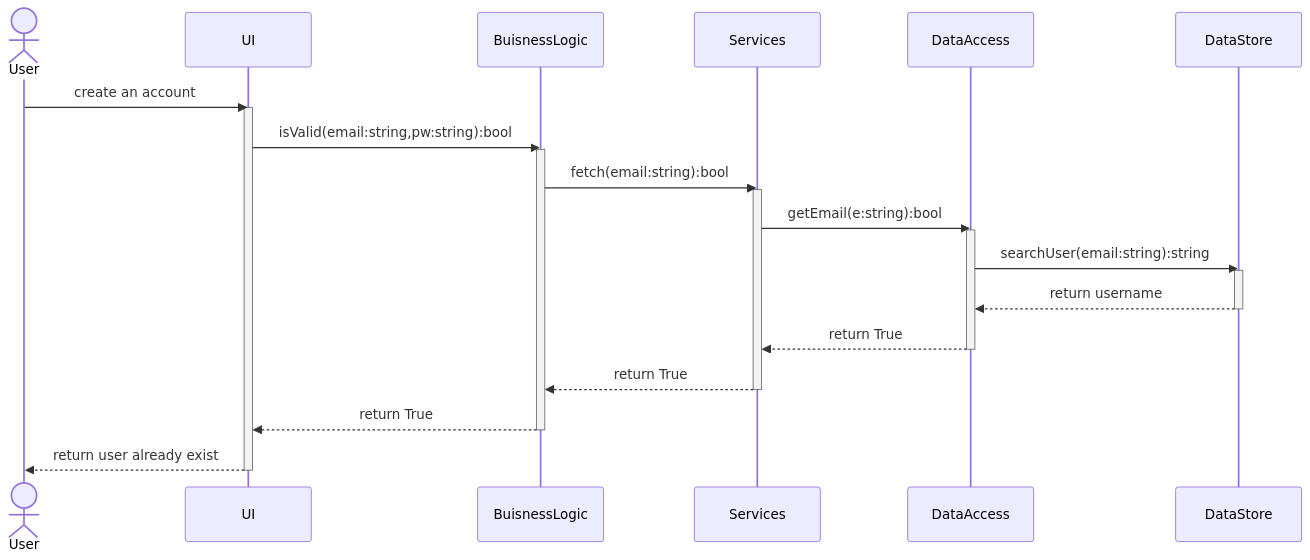
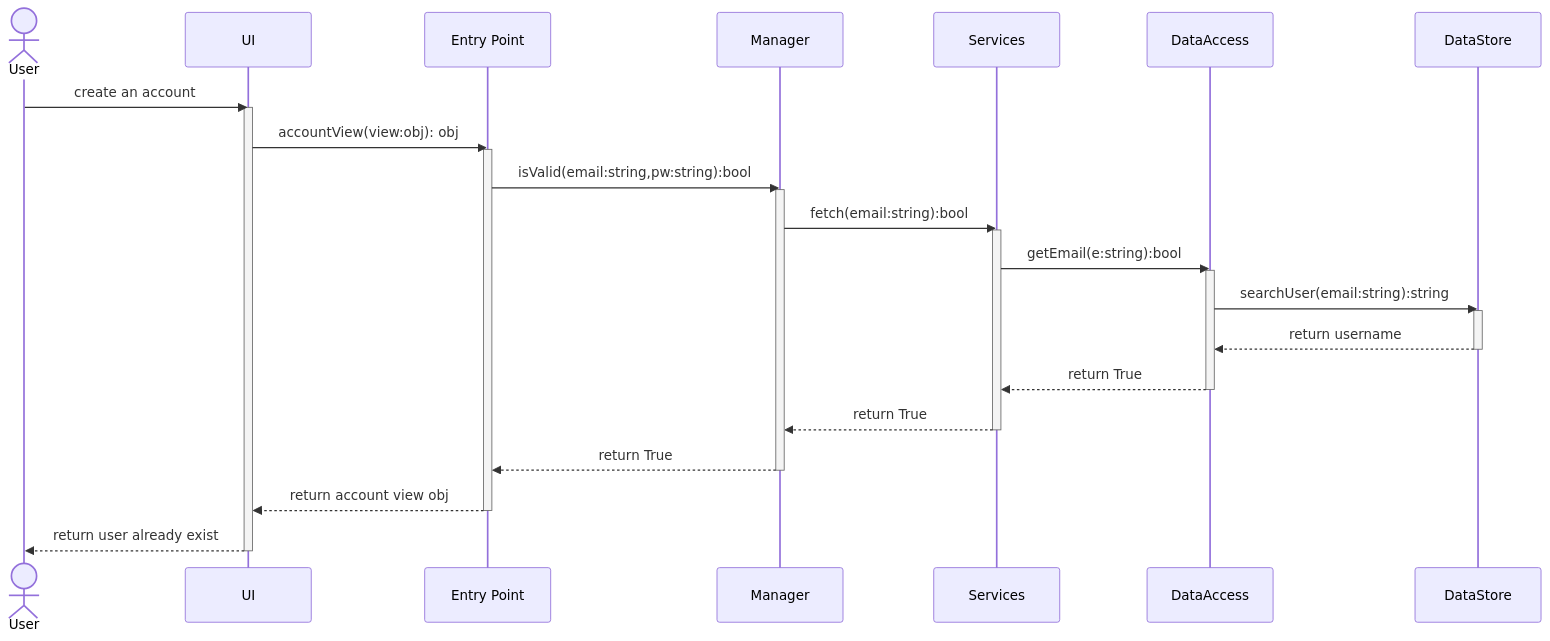
One commit to JosephArmas/cecs-491A-Team-Big-Data changed the diagram in milestone 2/low level design/registration/failures/v2/account/account_username_exist.md. Above: the diagram before and after it, drawn with Mermaid. The commit also changed 6 other files, not shown here.

Commit message:
added entry point to all diagrams

````diff
--- a/milestone 2/low level design/registration/failures/v2/account/account_username_exist.md
+++ b/milestone 2/low level design/registration/failures/v2/account/account_username_exist.md
@@ -2,24 +2,28 @@
 ```mermaid
 sequenceDiagram
     actor User
     User ->> UI: create an account
     activate UI
-    UI ->> BuisnessLogic: isValid(email:string,pw:string):bool
-    activate BuisnessLogic
-    BuisnessLogic ->> Services: fetch(email:string):bool
+    UI ->> Entry Point: accountView(view:obj): obj
+    activate Entry Point
+    Entry Point ->> Manager: isValid(email:string,pw:string):bool
+    activate Manager
+    Manager ->> Services: fetch(email:string):bool
     activate Services
     Services ->> DataAccess: getEmail(e:string):bool 
     activate DataAccess
     DataAccess ->> DataStore: searchUser(email:string):string
     activate DataStore
     DataStore -->> DataAccess: return username
     deactivate DataStore
     DataAccess -->> Services: return True
     deactivate DataAccess
-    Services -->> BuisnessLogic: return True
+    Services -->> Manager: return True
     deactivate Services
-    BuisnessLogic -->> UI: return True
-    deactivate BuisnessLogic
+    Manager -->> Entry Point: return True
+    deactivate Manager
+    Entry Point -->> UI: return account view obj
+    deactivate Entry Point
     UI -->> User: return user already exist 
     deactivate UI
 ```
````
